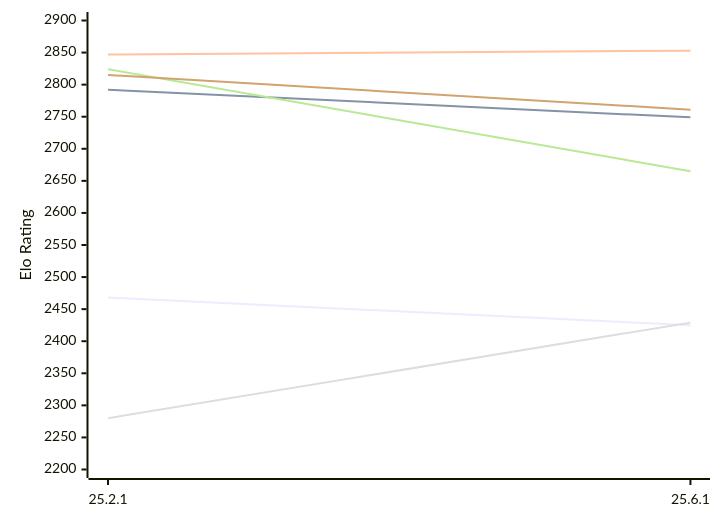
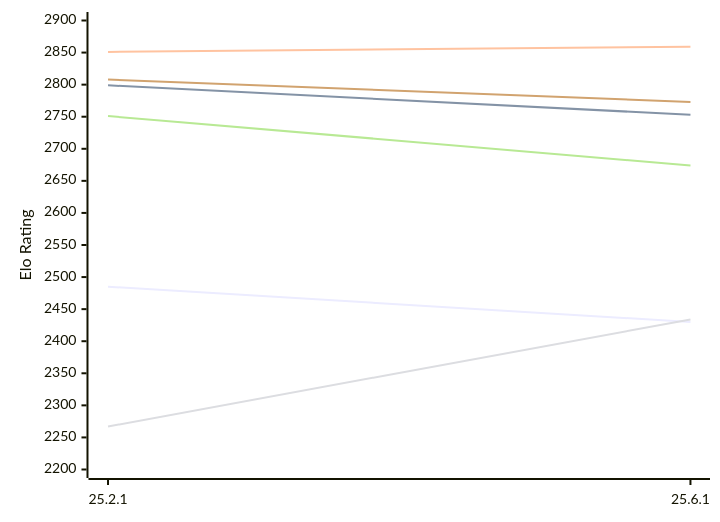
One commit to computer-chess-index/cci changed the first of 2 diagrams in engines/Crafty.md. Above: the diagram before and after it, drawn with Mermaid. The commit also changed other lines of this file, not shown here.

Commit message:
Update CCI Ratings (ELO VLTC) - 2026-11-16

````diff
--- a/engines/Crafty.md
+++ b/engines/Crafty.md
@@ -50,12 +50,12 @@
 ```mermaid
 %%{init: {"theme":"base","themeVariables":{"seriesColors:['#a3a3a3','#222221','#faa371']}}}%%
 xychart-beta
   x-axis ["25.2.1", "25.6.1"]
   y-axis "Elo Rating" 2200 --> 2900
-  line "E1: STC (8.0+0.08s)" [2468, 2425]
-  line "E1: LTC (60.0+0.60s)" [2792, 2749]
-  line "E1: VLTC (2m24s+1.12s)" [2847, 2853]
-  line "P1: STC (8.0+0.08s)" [2280, 2429]
-  line "P1: LTC (60.0+0.60s)" [2824, 2665]
-  line "P1: VLTC (2m24s+1.12s)" [2815, 2761]
+  line "E1: STC (8.0+0.08s)" [2485, 2430]
+  line "E1: LTC (60.0+0.60s)" [2799, 2753]
+  line "E1: VLTC (2m24s+1.12s)" [2851, 2859]
+  line "P1: STC (8.0+0.08s)" [2267, 2434]
+  line "P1: LTC (60.0+0.60s)" [2751, 2674]
+  line "P1: VLTC (2m24s+1.12s)" [2808, 2773]
 ```
````
